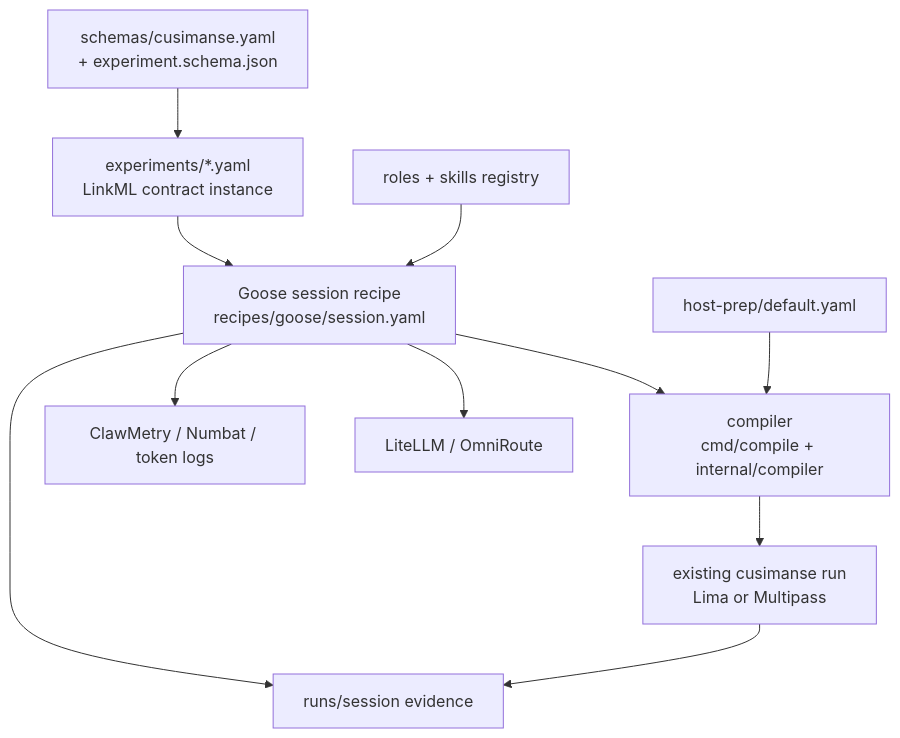
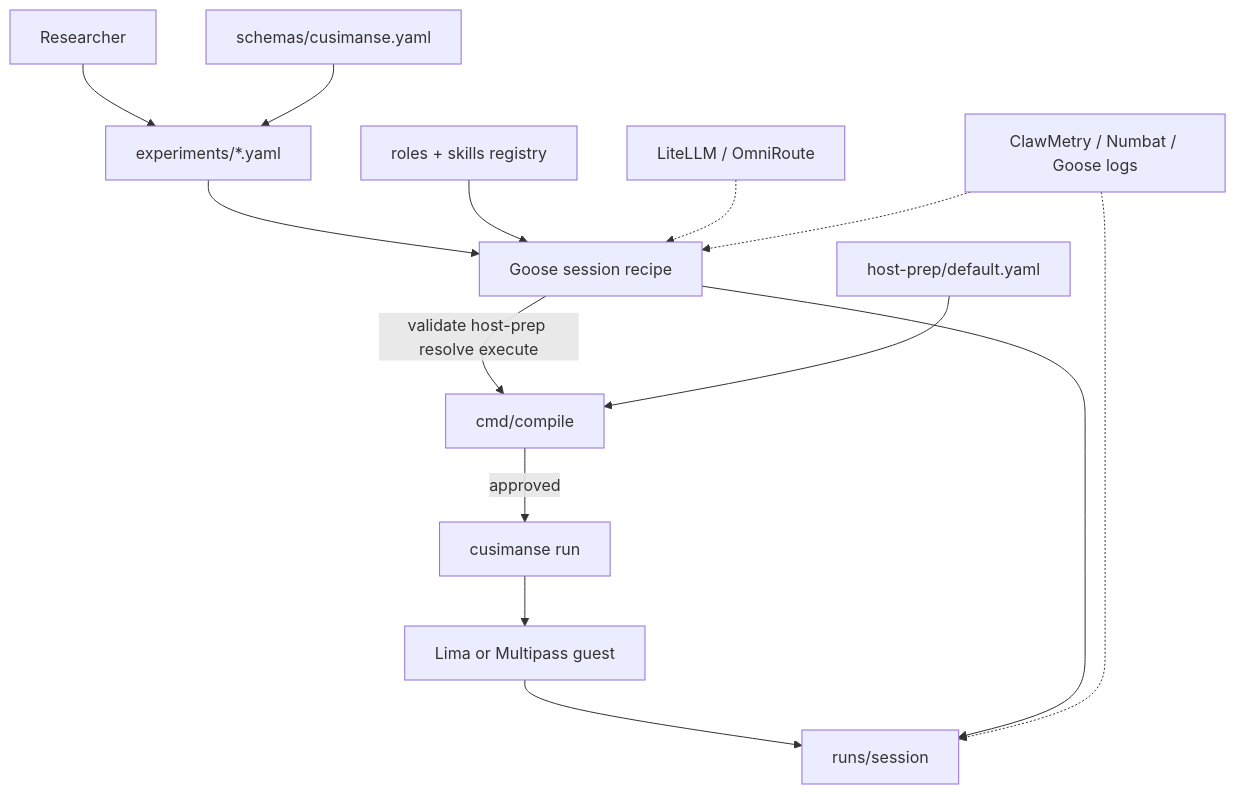
Before and after one commit to Opposum0112/Cusimanse: the diagram in docs/architecture/agentic-native-goose.mmd, drawn with Mermaid. The commit also changed 7 other files, not shown here.

Commit message:
refactor(agentic-native): Goose-first README, compiler execute/host-prep, architecture, CI

```diff
--- a/docs/architecture/agentic-native-goose.mmd
+++ b/docs/architecture/agentic-native-goose.mmd
@@ -1,22 +1,27 @@
-flowchart TD
-  YAML["experiments/*.yaml\nLinkML contract instance"]
-  Schema["schemas/cusimanse.yaml\n+ experiment.schema.json"]
-  Goose["Goose session recipe\nrecipes/goose/session.yaml"]
-  Roles["roles + skills registry"]
-  Prep["host-prep/default.yaml"]
-  Comp["compiler\ncmd/compile + internal/compiler"]
-  Run["existing cusimanse run\nLima or Multipass"]
-  GW["LiteLLM / OmniRoute"]
-  Obs["ClawMetry / Numbat / token logs"]
-  Ev["runs/session evidence"]
+flowchart TB
+  researcher[Researcher]
+  yaml[experiments/*.yaml]
+  schema[schemas/cusimanse.yaml]
+  goose[Goose session recipe]
+  roles[roles + skills registry]
+  prep[host-prep/default.yaml]
+  compile[cmd/compile]
+  engine[cusimanse run]
+  vm[Lima or Multipass guest]
+  runs[runs/session]
+  gw[LiteLLM / OmniRoute]
+  obs[ClawMetry / Numbat / Goose logs]
 
-  Schema --> YAML
-  YAML --> Goose
-  Goose --> Comp
-  Prep --> Comp
-  Roles --> Goose
-  Comp --> Run
-  Goose --> GW
-  Goose --> Obs
-  Run --> Ev
-  Goose --> Ev
+  researcher --> yaml
+  schema --> yaml
+  yaml --> goose
+  roles --> goose
+  gw -.-> goose
+  goose -->|validate host-prep resolve execute| compile
+  prep --> compile
+  compile -->|approved| engine
+  engine --> vm
+  vm --> runs
+  goose --> runs
+  obs -.-> goose
+  obs -.-> runs
```
